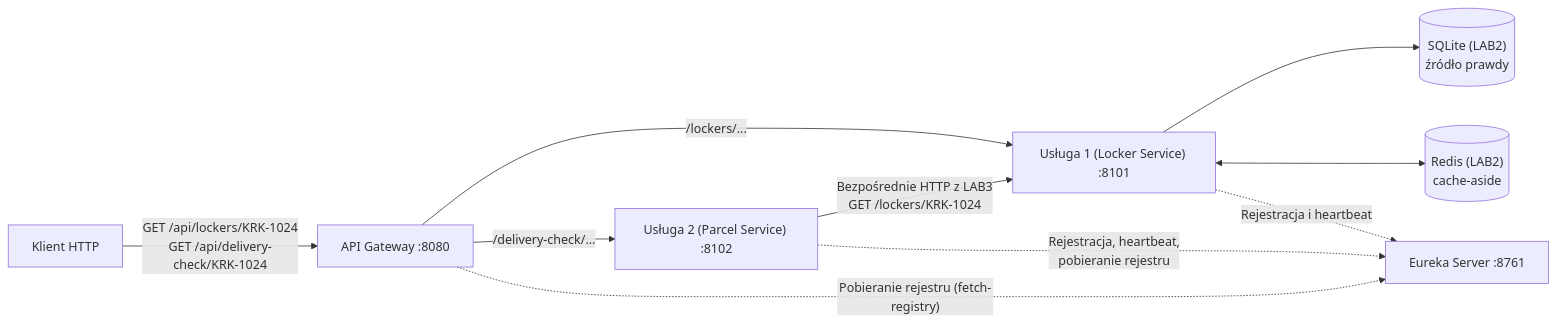
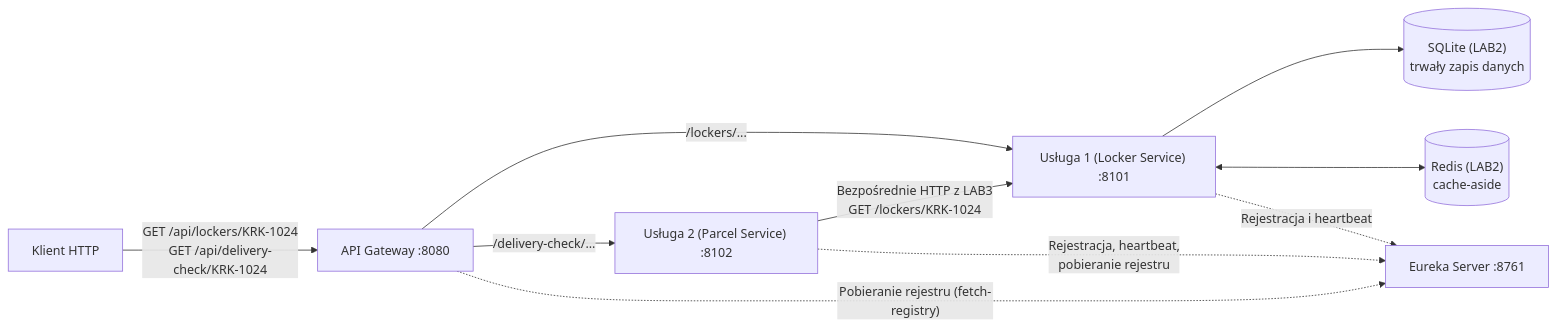
One commit to wgalka/PAWOoM changed the first of 2 diagrams in 2026_2027/lab4/README.md. Above: the diagram before and after it, drawn with Mermaid. The commit also changed other lines of this file and 14 other files, not shown here.

```diff
--- a/2026_2027/lab4/README.md
+++ b/2026_2027/lab4/README.md
@@ -85,12 +85,12 @@
 <pre class="mermaid">
 flowchart LR
     K["Klient HTTP"] -->|"GET /api/lockers/KRK-1024<br/>GET /api/delivery-check/KRK-1024"| G["API Gateway :8080"]
     G -->|"/lockers/..."| L["Usługa 1 (Locker Service) :8101"]
     G -->|"/delivery-check/..."| P["Usługa 2 (Parcel Service) :8102"]
     P -->|"Bezpośrednie HTTP z LAB3<br/>GET /lockers/KRK-1024"| L
-    L --> DB[("SQLite (LAB2)<br/>źródło prawdy")]
+    L --> DB[("SQLite (LAB2)<br/>trwały zapis danych")]
     L <--> R[("Redis (LAB2)<br/>cache-aside")]
     G -.->|"Pobieranie rejestru (fetch-registry)"| E["Eureka Server :8761"]
     P -.->|"Rejestracja, heartbeat,<br/>pobieranie rejestru"| E
     L -.->|"Rejestracja i heartbeat"| E
 </pre>
```
